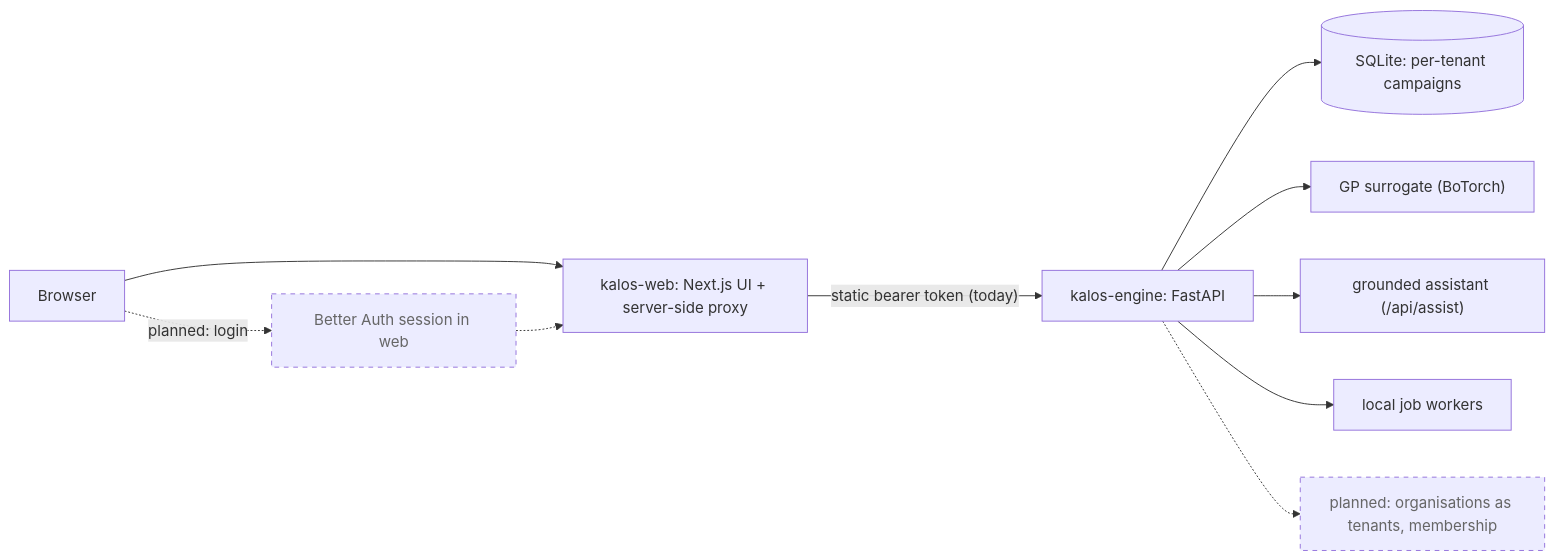
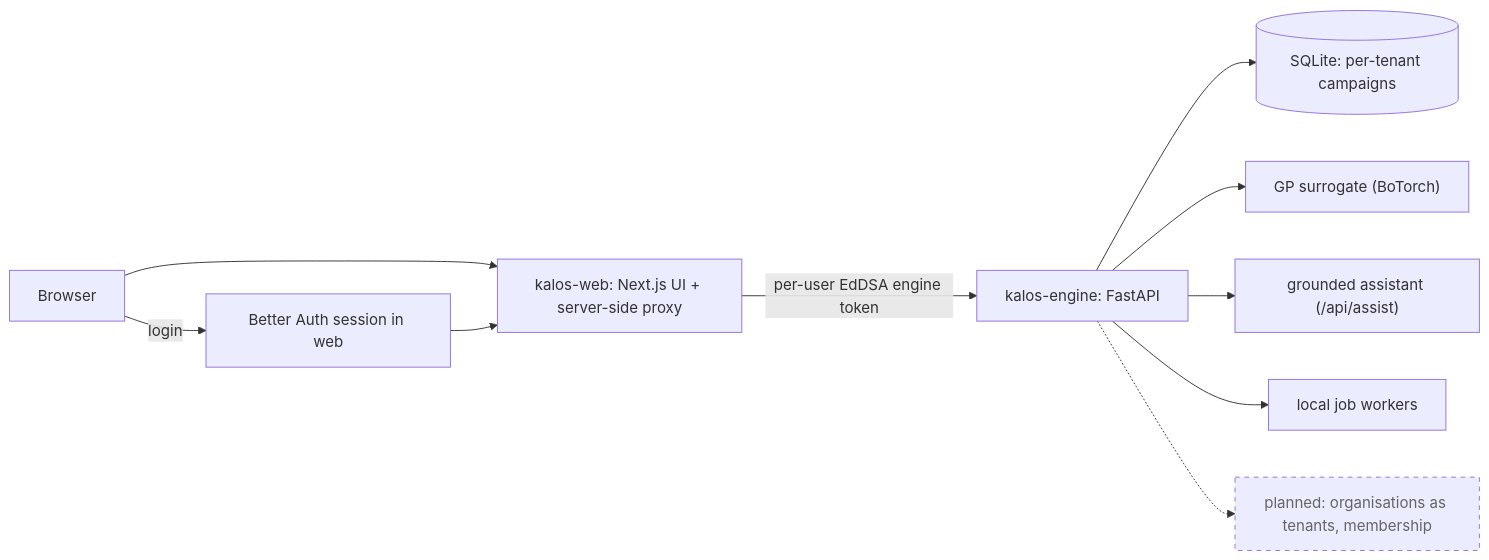
Before and after one commit to itsbrendandang/kalos-engine: the diagram in README.md, drawn with Mermaid. The commit also changed other lines of this file and 13 other files, not shown here.

Commit message:
fix: restore EdDSA engine token verification

````diff
--- a/README.md
+++ b/README.md
@@ -110,14 +110,14 @@
 ```mermaid
 flowchart LR
   B[Browser] --> W["kalos-web: Next.js UI + server-side proxy"]
-  W -->|"static bearer token (today)"| E["kalos-engine: FastAPI"]
+  W -->|"per-user EdDSA engine token"| E["kalos-engine: FastAPI"]
   E --> S[("SQLite: per-tenant campaigns")]
   E --> M["GP surrogate (BoTorch)"]
   E --> AS["grounded assistant (/api/assist)"]
   E --> J["local job workers"]
-  B -.->|"planned: login"| A["Better Auth session in web"]
-  A -.-> W
+  B -->|"login"| A["Better Auth session in web"]
+  A --> W
   E -.-> O["planned: organisations as tenants, membership"]
   classDef planned stroke-dasharray: 5 5,color:#666;
-  class A,O planned;
+  class O planned;
 ```
````
